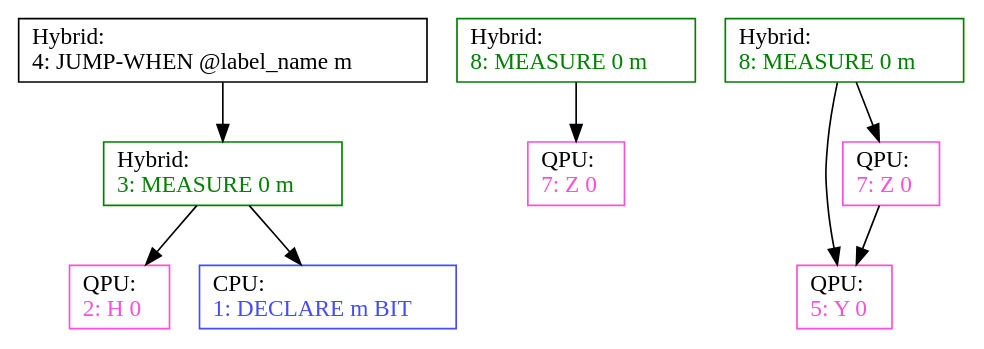
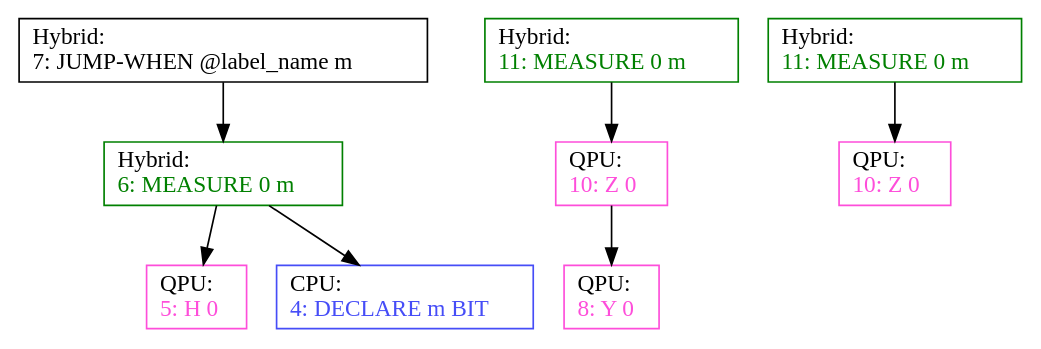
One commit to LiRem101/parser-analyser changed the diagram in src/main/resources/QuilExampleFiles/readme-exampleddg.dot. Above: the diagram before and after it, drawn with Graphviz. The commit also changed 3 other files, not shown here.

```diff
--- a/src/main/resources/QuilExampleFiles/readme-exampleddg.dot
+++ b/src/main/resources/QuilExampleFiles/readme-exampleddg.dot
@@ -1,20 +1,17 @@
-# SPDX-FileCopyrightText: 2025 Lian Remme <lian.remme@dlr.de>
-# SPDX-License-Identifier: MIT
 digraph "ControlFlowGraph" {
-"Line42" ["shape"="rectangle","color"="black","label"=<Hybrid:<br align="left"/><font color="#000000">4: JUMP-WHEN @label_name m</font><br align="left"/>>]
-"Line36" ["shape"="rectangle","color"="#008000","label"=<Hybrid:<br align="left"/><font color="#008000">3: MEASURE 0 m</font><br align="left"/>>]
-"Line83" ["shape"="rectangle","color"="#008000","label"=<Hybrid:<br align="left"/><font color="#008000">8: MEASURE 0 m	</font><br align="left"/>>]
-"Line71" ["shape"="rectangle","color"="#fe4eda","label"=<QPU:<br align="left"/><font color="#fe4eda">7: Z 0</font><br align="left"/>>]
-"Line85" ["shape"="rectangle","color"="#008000","label"=<Hybrid:<br align="left"/><font color="#008000">8: MEASURE 0 m	</font><br align="left"/>>]
-"Line58" ["shape"="rectangle","color"="#fe4eda","label"=<QPU:<br align="left"/><font color="#fe4eda">5: Y 0</font><br align="left"/>>]
-"Line710" ["shape"="rectangle","color"="#fe4eda","label"=<QPU:<br align="left"/><font color="#fe4eda">7: Z 0</font><br align="left"/>>]
-"Line20" ["shape"="rectangle","color"="#fe4eda","label"=<QPU:<br align="left"/><font color="#fe4eda">2: H 0</font><br align="left"/>>]
-"Line19" ["shape"="rectangle","color"="#464df7","label"=<CPU:<br align="left"/><font color="#464df7">1: DECLARE m BIT</font><br align="left"/>>]
-"Line42" -> "Line36"
-"Line36" -> "Line19"
-"Line36" -> "Line20"
-"Line83" -> "Line71"
-"Line85" -> "Line710"
-"Line85" -> "Line58"
-"Line710" -> "Line58"
+"Line60" ["shape"="rectangle","color"="#008000","label"=<Hybrid:<br align="left"/><font color="#008000">6: MEASURE 0 m</font><br align="left"/>>]
+"Line58" ["shape"="rectangle","color"="#fe4eda","label"=<QPU:<br align="left"/><font color="#fe4eda">5: H 0</font><br align="left"/>>]
+"Line42" ["shape"="rectangle","color"="#464df7","label"=<CPU:<br align="left"/><font color="#464df7">4: DECLARE m BIT</font><br align="left"/>>]
+"Line105" ["shape"="rectangle","color"="#fe4eda","label"=<QPU:<br align="left"/><font color="#fe4eda">10: Z 0</font><br align="left"/>>]
+"Line86" ["shape"="rectangle","color"="#fe4eda","label"=<QPU:<br align="left"/><font color="#fe4eda">8: Y 0</font><br align="left"/>>]
+"Line117" ["shape"="rectangle","color"="#008000","label"=<Hybrid:<br align="left"/><font color="#008000">11: MEASURE 0 m	</font><br align="left"/>>]
+"Line101" ["shape"="rectangle","color"="#fe4eda","label"=<QPU:<br align="left"/><font color="#fe4eda">10: Z 0</font><br align="left"/>>]
+"Line79" ["shape"="rectangle","color"="black","label"=<Hybrid:<br align="left"/><font color="#000000">7: JUMP-WHEN @label_name m</font><br align="left"/>>]
+"Line1110" ["shape"="rectangle","color"="#008000","label"=<Hybrid:<br align="left"/><font color="#008000">11: MEASURE 0 m	</font><br align="left"/>>]
+"Line60" -> "Line42"
+"Line60" -> "Line58"
+"Line105" -> "Line86"
+"Line117" -> "Line101"
+"Line79" -> "Line60"
+"Line1110" -> "Line105"
 }
```
